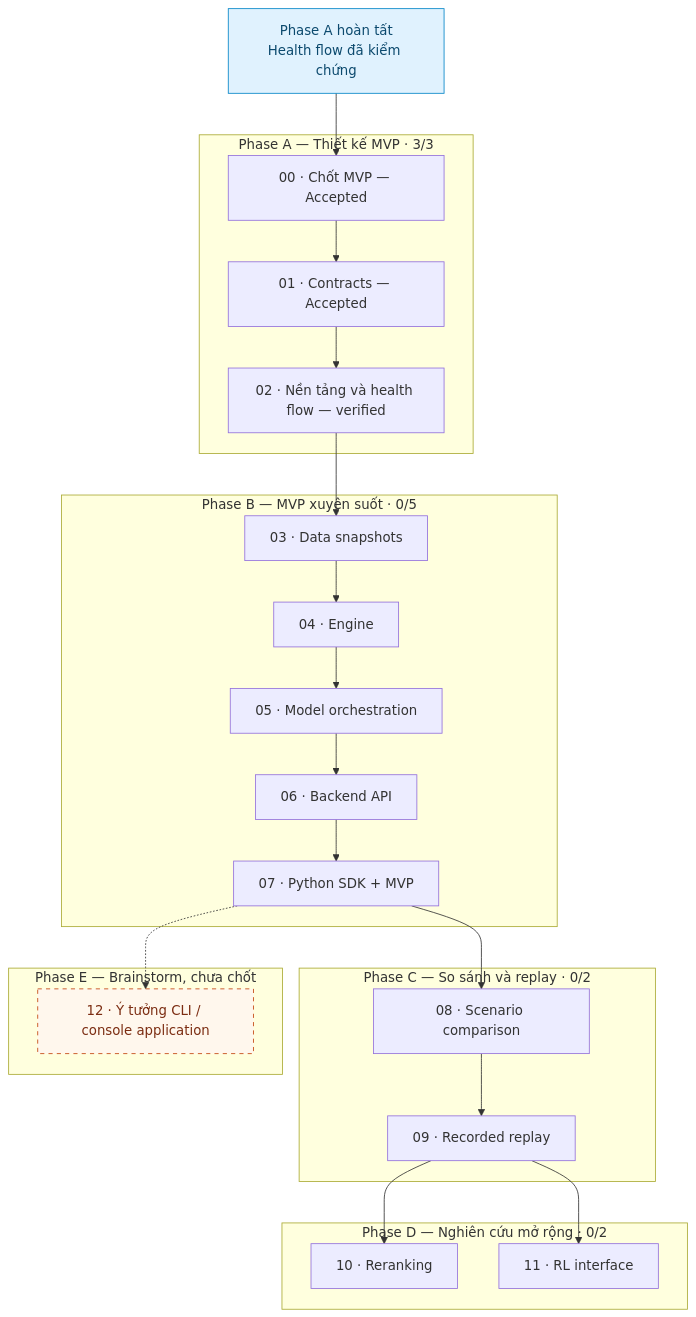
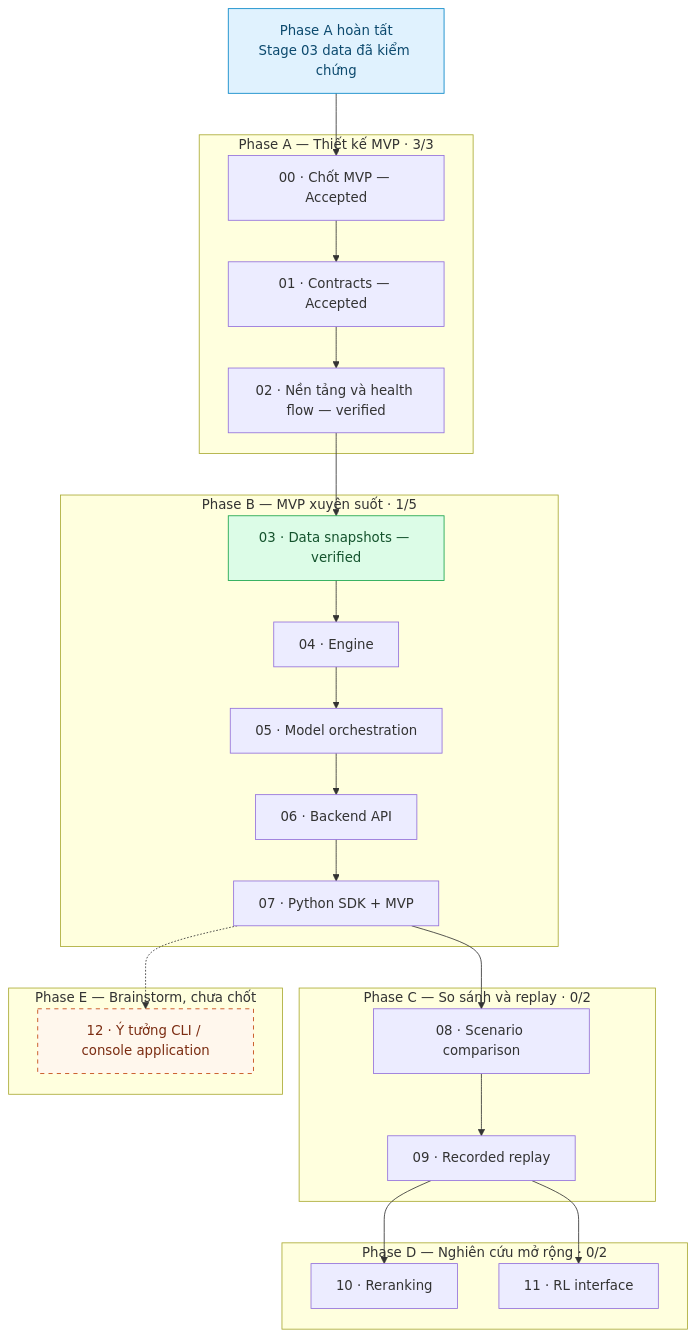
Before and after one commit to ryantr-statinops/factorsbt: the diagram in plan/implementation/README.md, drawn with Mermaid. The commit also changed other lines of this file and 3 other files, not shown here.

Commit message:
docs(data): record verified snapshot behavior

````diff
--- a/plan/implementation/README.md
+++ b/plan/implementation/README.md
@@ -48,41 +48,43 @@
 ```mermaid
 flowchart TD
-    NOW["Phase A hoàn tất<br/>Health flow đã kiểm chứng"]
+    NOW["Phase A hoàn tất<br/>Stage 03 data đã kiểm chứng"]
     NOW --> A0
 
     subgraph A["Phase A — Thiết kế MVP · 3/3"]
         A0["00 · Chốt MVP — Accepted"] --> A1["01 · Contracts — Accepted"]
         A1 --> A2["02 · Nền tảng và health flow — verified"]
     end
 
-    subgraph B["Phase B — MVP xuyên suốt · 0/5"]
-        B0["03 · Data snapshots"] --> B1["04 · Engine"]
+    subgraph B["Phase B — MVP xuyên suốt · 1/5"]
+        B0["03 · Data snapshots — verified"] --> B1["04 · Engine"]
         B1 --> B2["05 · Model orchestration"]
         B2 --> B3["06 · Backend API"]
         B3 --> B4["07 · Python SDK + MVP"]
     end
 
     subgraph C["Phase C — So sánh và replay · 0/2"]
         C0["08 · Scenario comparison"] --> C1["09 · Recorded replay"]
     end
 
     subgraph D["Phase D — Nghiên cứu mở rộng · 0/2"]
         D0["10 · Reranking"]
         D1["11 · RL interface"]
     end
 
     subgraph E["Phase E — Brainstorm, chưa chốt"]
         E0["12 · Ý tưởng CLI / console application"]
     end
 
     A2 --> B0
     B4 --> C0
     C1 --> D0
     C1 --> D1
     B4 -.-> E0
 
     classDef current fill:#e0f2fe,stroke:#0284c7,color:#0c4a6e
+    classDef implemented fill:#dcfce7,stroke:#16a34a,color:#14532d
     classDef idea fill:#fff7ed,stroke:#c2410c,color:#7c2d12,stroke-dasharray:5 5
     class NOW current
+    class B0 implemented
     class E0 idea
 ```
````
